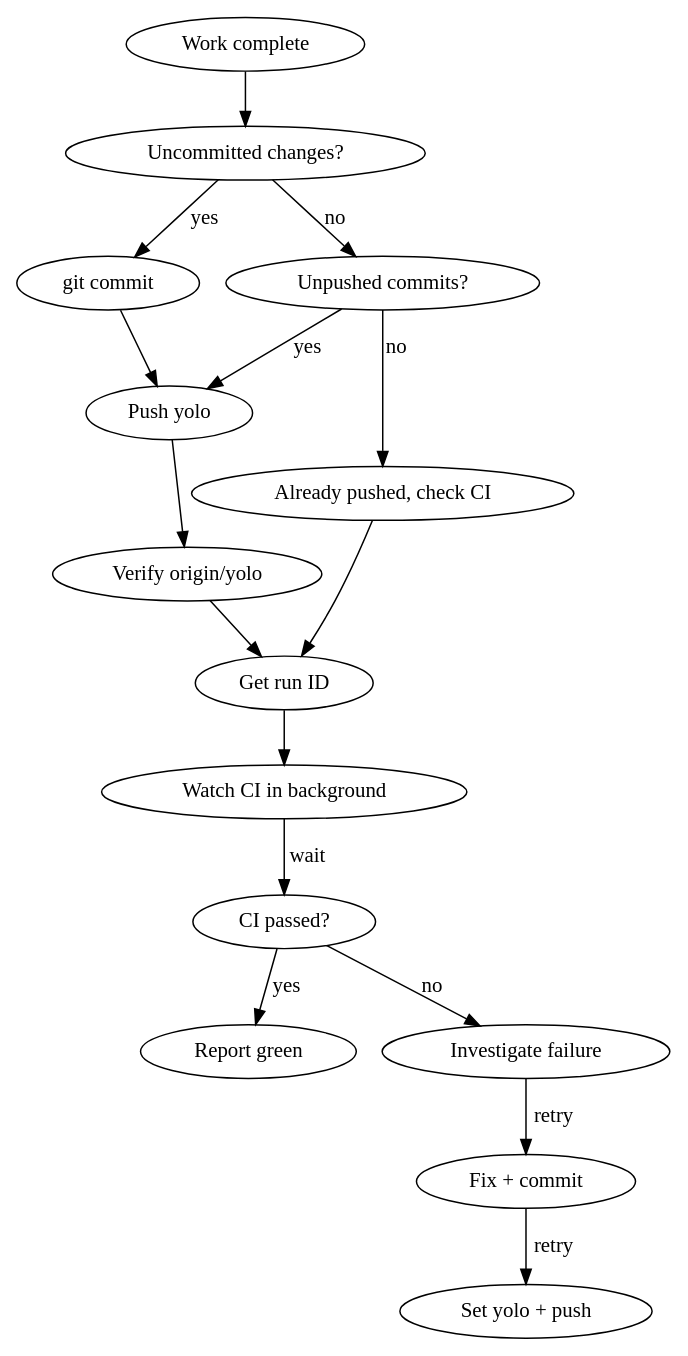
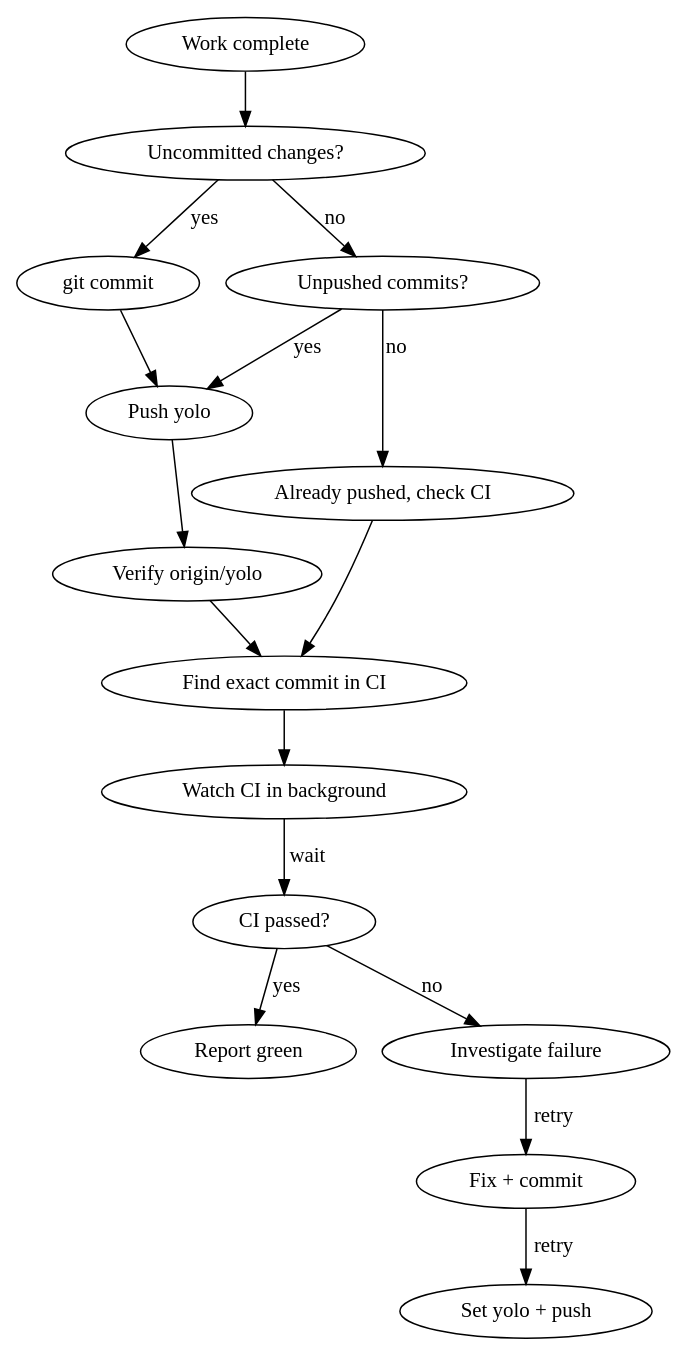
Before and after one commit to pmarreck/llm_skills: the diagram in ship/SKILL.md, drawn with Graphviz. The commit also changed other lines of this file and 6 other files, not shown here.

````diff
--- a/ship/SKILL.md
+++ b/ship/SKILL.md
@@ -34,18 +35,18 @@
 ```dot
 digraph ship {
   "Work complete" -> "Uncommitted changes?";
   "Uncommitted changes?" -> "git commit" [label="yes"];
   "Uncommitted changes?" -> "Unpushed commits?" [label="no"];
   "git commit" -> "Push yolo";
   "Unpushed commits?" -> "Push yolo" [label="yes"];
   "Unpushed commits?" -> "Already pushed, check CI" [label="no"];
   "Push yolo" -> "Verify origin/yolo";
-  "Verify origin/yolo" -> "Get run ID";
-  "Already pushed, check CI" -> "Get run ID";
-  "Get run ID" -> "Watch CI in background";
+  "Verify origin/yolo" -> "Find exact commit in CI";
+  "Already pushed, check CI" -> "Find exact commit in CI";
+  "Find exact commit in CI" -> "Watch CI in background";
   "Watch CI in background" -> "CI passed?" [label="wait"];
   "CI passed?" -> "Report green" [label="yes"];
   "CI passed?" -> "Investigate failure" [label="no"];
   "Investigate failure" -> "Fix + commit" -> "Set yolo + push" [label="retry"];
 }
 ```
````
